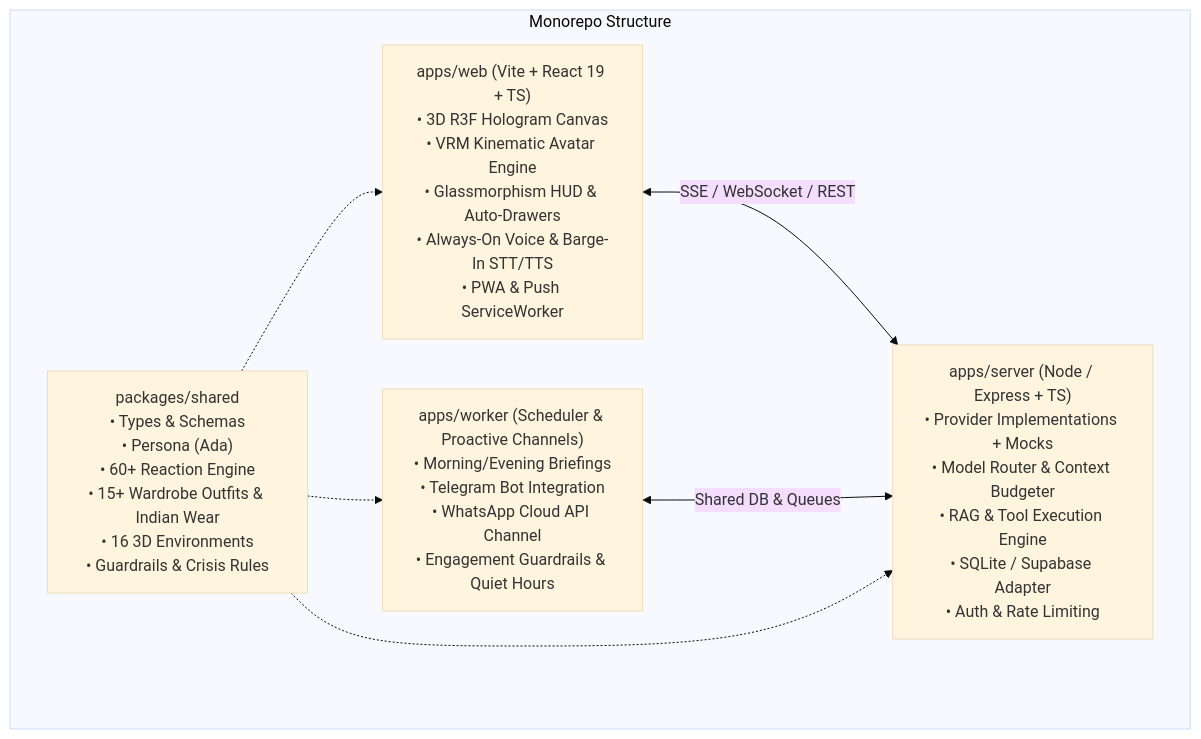
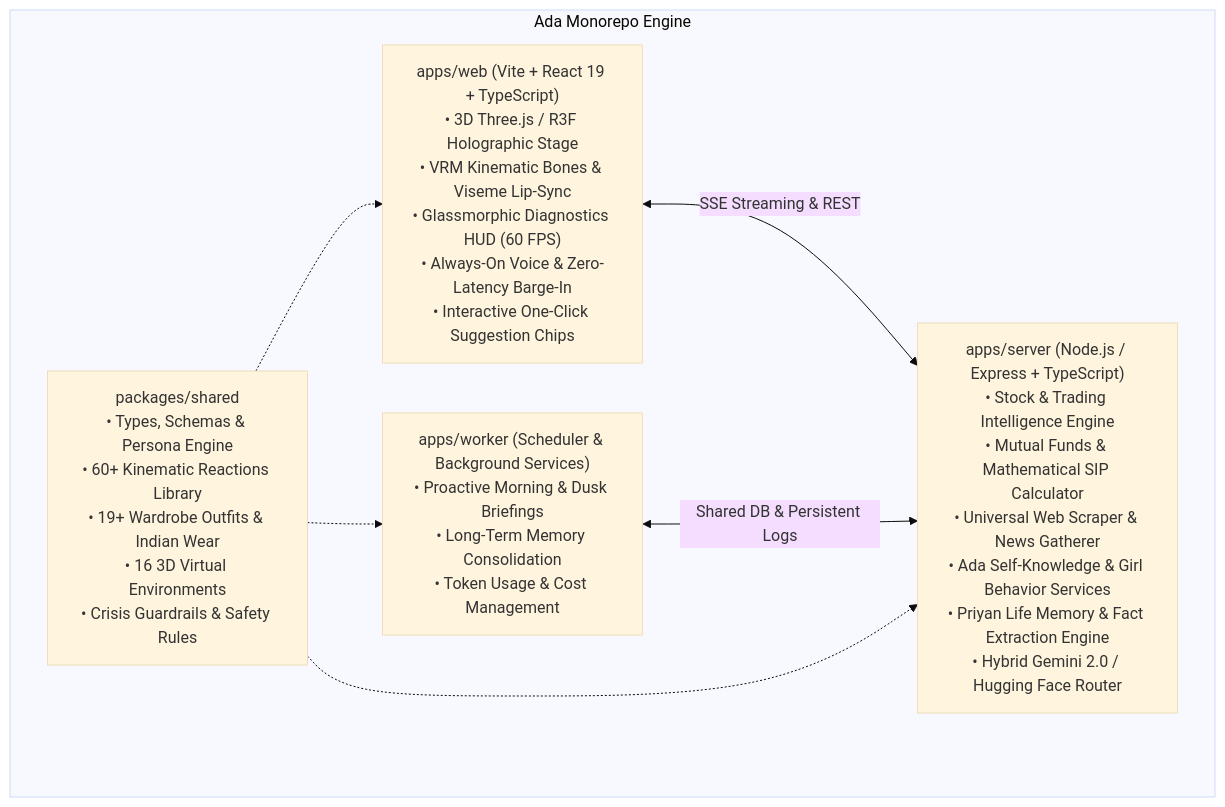
The diagram in README.md (priyanrajj-hub/GF-AI), drawn with Mermaid (base theme) before and after one commit. The commit also changed other lines of this file and 12 other files, not shown here.

````diff
--- a/README.md
+++ b/README.md
@@ -19,15 +33,15 @@
 ```mermaid
 flowchart TB
-    subgraph Monorepo["Monorepo Structure"]
-        Shared["packages/shared<br/>• Types & Schemas<br/>• Persona (Ada)<br/>• 60+ Reaction Engine<br/>• 15+ Wardrobe Outfits & Indian Wear<br/>• 16 3D Environments<br/>• Guardrails & Crisis Rules"]
-        Web["apps/web (Vite + React 19 + TS)<br/>• 3D R3F Hologram Canvas<br/>• VRM Kinematic Avatar Engine<br/>• Glassmorphism HUD & Auto-Drawers<br/>• Always-On Voice & Barge-In STT/TTS<br/>• PWA & Push ServiceWorker"]
-        Server["apps/server (Node / Express + TS)<br/>• Provider Implementations + Mocks<br/>• Model Router & Context Budgeter<br/>• RAG & Tool Execution Engine<br/>• SQLite / Supabase Adapter<br/>• Auth & Rate Limiting"]
-        Worker["apps/worker (Scheduler & Proactive Channels)<br/>• Morning/Evening Briefings<br/>• Telegram Bot Integration<br/>• WhatsApp Cloud API Channel<br/>• Engagement Guardrails & Quiet Hours"]
+    subgraph Monorepo["Ada Monorepo Engine"]
+        Shared["packages/shared<br/>• Types, Schemas & Persona Engine<br/>• 60+ Kinematic Reactions Library<br/>• 19+ Wardrobe Outfits & Indian Wear<br/>• 16 3D Virtual Environments<br/>• Crisis Guardrails & Safety Rules"]
+        Web["apps/web (Vite + React 19 + TypeScript)<br/>• 3D Three.js / R3F Holographic Stage<br/>• VRM Kinematic Bones & Viseme Lip-Sync<br/>• Glassmorphic Diagnostics HUD (60 FPS)<br/>• Always-On Voice & Zero-Latency Barge-In<br/>• Interactive One-Click Suggestion Chips"]
+        Server["apps/server (Node.js / Express + TypeScript)<br/>• Stock & Trading Intelligence Engine<br/>• Mutual Funds & Mathematical SIP Calculator<br/>• Universal Web Scraper & News Gatherer<br/>• Ada Self-Knowledge & Girl Behavior Services<br/>• Priyan Life Memory & Fact Extraction Engine<br/>• Hybrid Gemini 2.0 / Hugging Face Router"]
+        Worker["apps/worker (Scheduler & Background Services)<br/>• Proactive Morning & Dusk Briefings<br/>• Long-Term Memory Consolidation<br/>• Token Usage & Cost Management"]
     end
 
-    Web <-->|"SSE / WebSocket / REST"| Server
-    Worker <-->|"Shared DB & Queues"| Server
+    Web <-->|"SSE Streaming & REST"| Server
+    Worker <-->|"Shared DB & Persistent Logs"| Server
     Shared -.-> Web
     Shared -.-> Server
     Shared -.-> Worker
 ```
````
